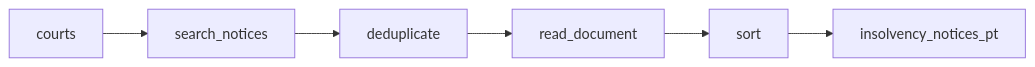
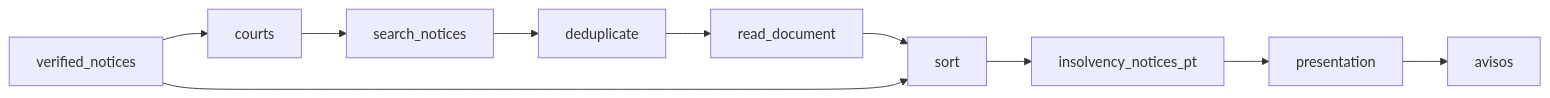
The diagram in datasets/insolvency-notices-pt-5cf39e22f64e/README.md (jsonifyco/public-datasets), drawn with Mermaid before and after one commit. The commit also changed other lines of this file and 3 other files, not shown here.

Commit message:
Update insolvency-notices-pt-5cf39e22f64e

````diff
--- a/datasets/insolvency-notices-pt-5cf39e22f64e/README.md
+++ b/datasets/insolvency-notices-pt-5cf39e22f64e/README.md
@@ -56,14 +89,21 @@
 ```mermaid
 flowchart LR
-  n0["courts"]
-  n1["search#95;notices"]
-  n2["deduplicate"]
-  n3["read#95;document"]
-  n4["sort"]
-  n5["insolvency#95;notices#95;pt"]
-  n0 --> n1
+  n0["verified#95;notices"]
+  n1["courts"]
+  n2["search#95;notices"]
+  n3["deduplicate"]
+  n4["read#95;document"]
+  n5["sort"]
+  n6["insolvency#95;notices#95;pt"]
+  n7["presentation"]
+  n8["avisos"]
   n1 --> n2
   n2 --> n3
   n3 --> n4
   n4 --> n5
+  n5 --> n6
+  n6 --> n7
+  n7 --> n8
+  n0 --> n1
+  n0 --> n5
 ```
````
